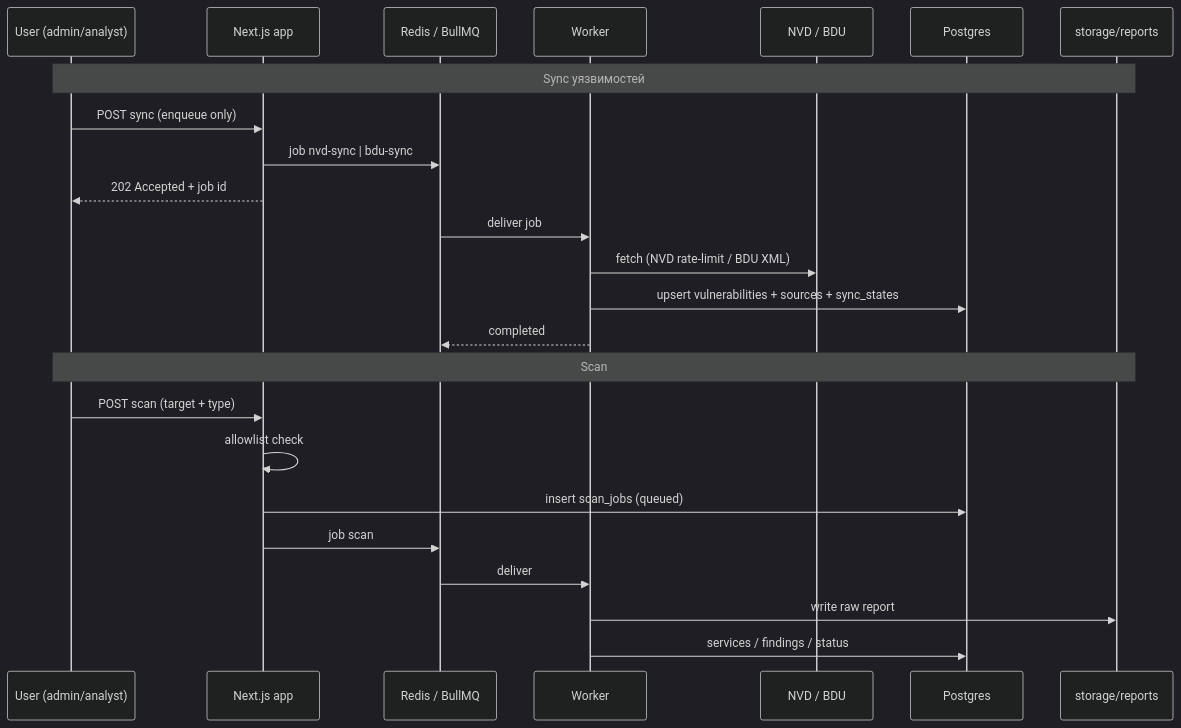
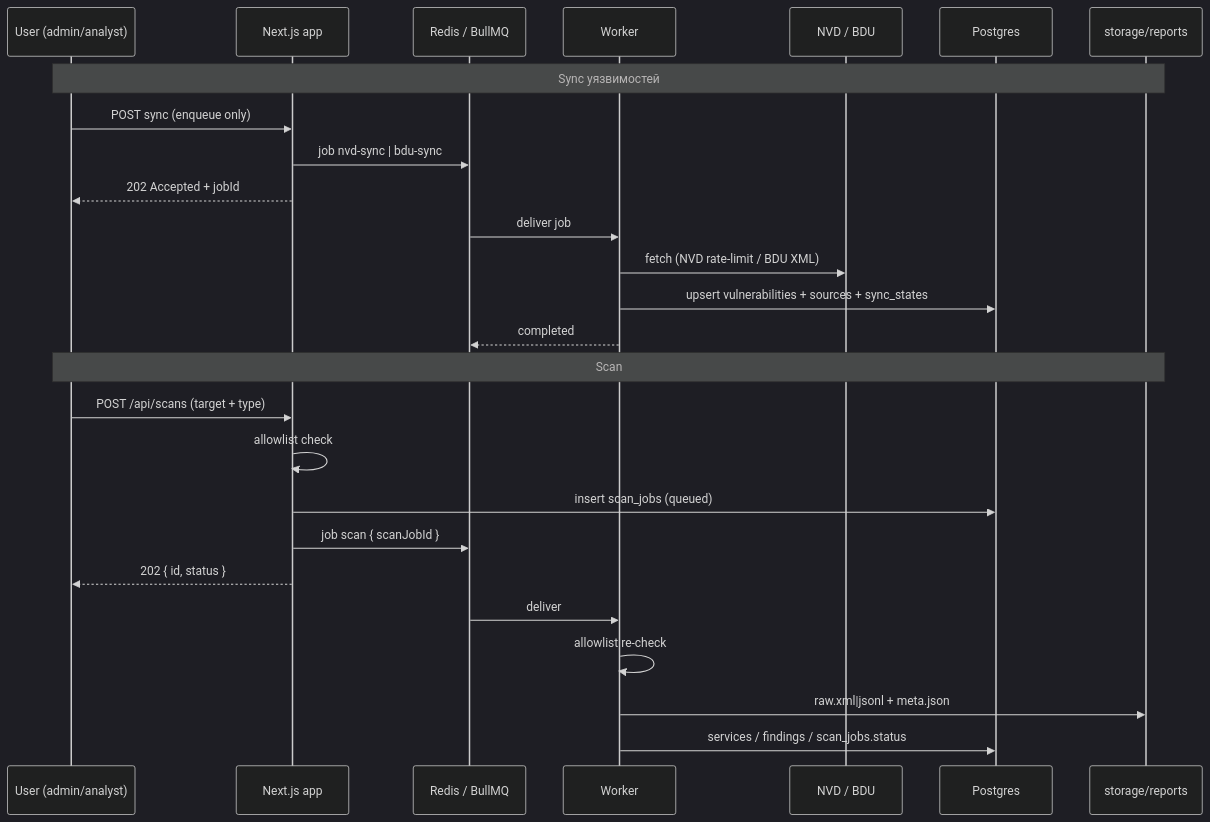
The second of 2 diagrams in docs/architecture/overview.md (DanteALI1/VBXSystem), drawn with Mermaid (dark theme) before and after one commit. The commit also changed other lines of this file and 89 other files, not shown here.

First line of the commit message:
feat: scans findings; full docs tests walkthrough

````diff
--- a/docs/architecture/overview.md
+++ b/docs/architecture/overview.md
@@ -51,28 +51,30 @@
 ```mermaid
 sequenceDiagram
   participant U as User (admin/analyst)
   participant A as Next.js app
   participant Q as Redis / BullMQ
   participant W as Worker
   participant N as NVD / BDU
   participant DB as Postgres
   participant S as storage/reports
 
   Note over U,S: Sync уязвимостей
   U->>A: POST sync (enqueue only)
   A->>Q: job nvd-sync | bdu-sync
-  A-->>U: 202 Accepted + job id
+  A-->>U: 202 Accepted + jobId
   Q->>W: deliver job
   W->>N: fetch (NVD rate-limit / BDU XML)
   W->>DB: upsert vulnerabilities + sources + sync_states
   W-->>Q: completed
 
   Note over U,S: Scan
-  U->>A: POST scan (target + type)
+  U->>A: POST /api/scans (target + type)
   A->>A: allowlist check
   A->>DB: insert scan_jobs (queued)
-  A->>Q: job scan
+  A->>Q: job scan { scanJobId }
+  A-->>U: 202 { id, status }
   Q->>W: deliver
-  W->>S: write raw report
-  W->>DB: services / findings / status
+  W->>W: allowlist re-check
+  W->>S: raw.xml|jsonl + meta.json
+  W->>DB: services / findings / scan_jobs.status
 ```
````
